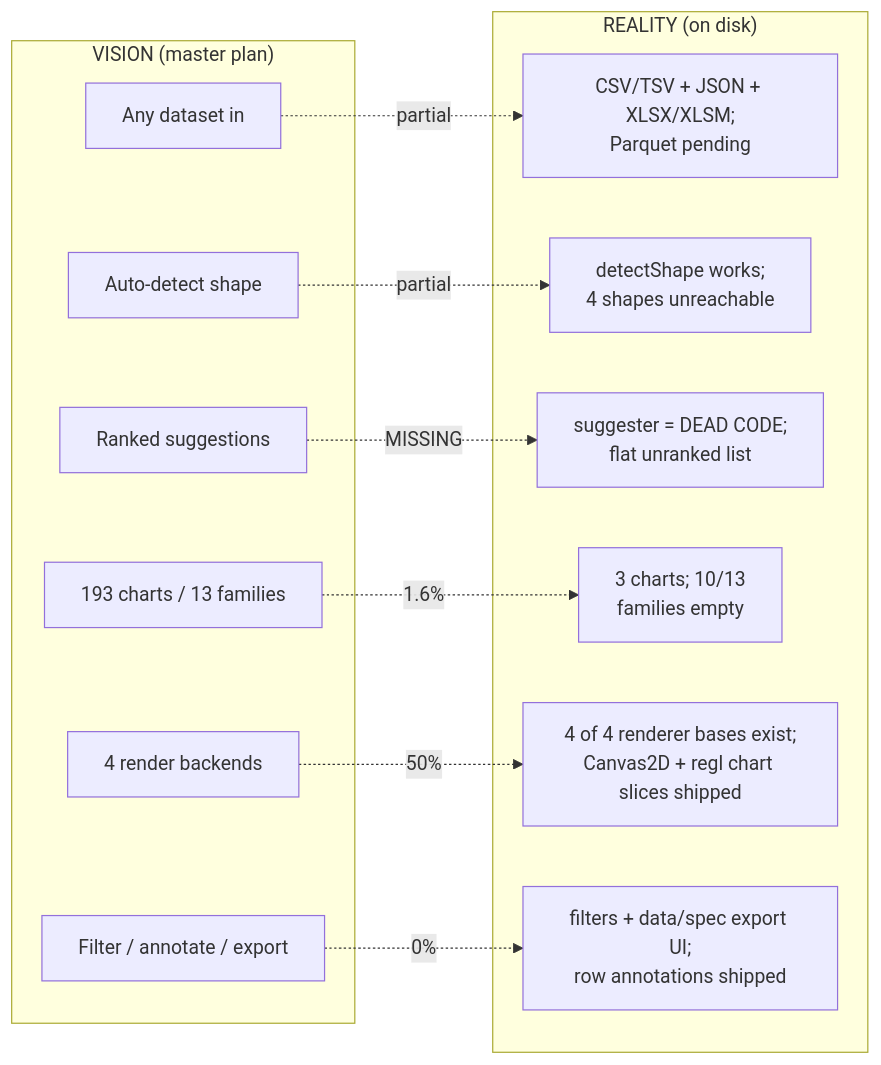
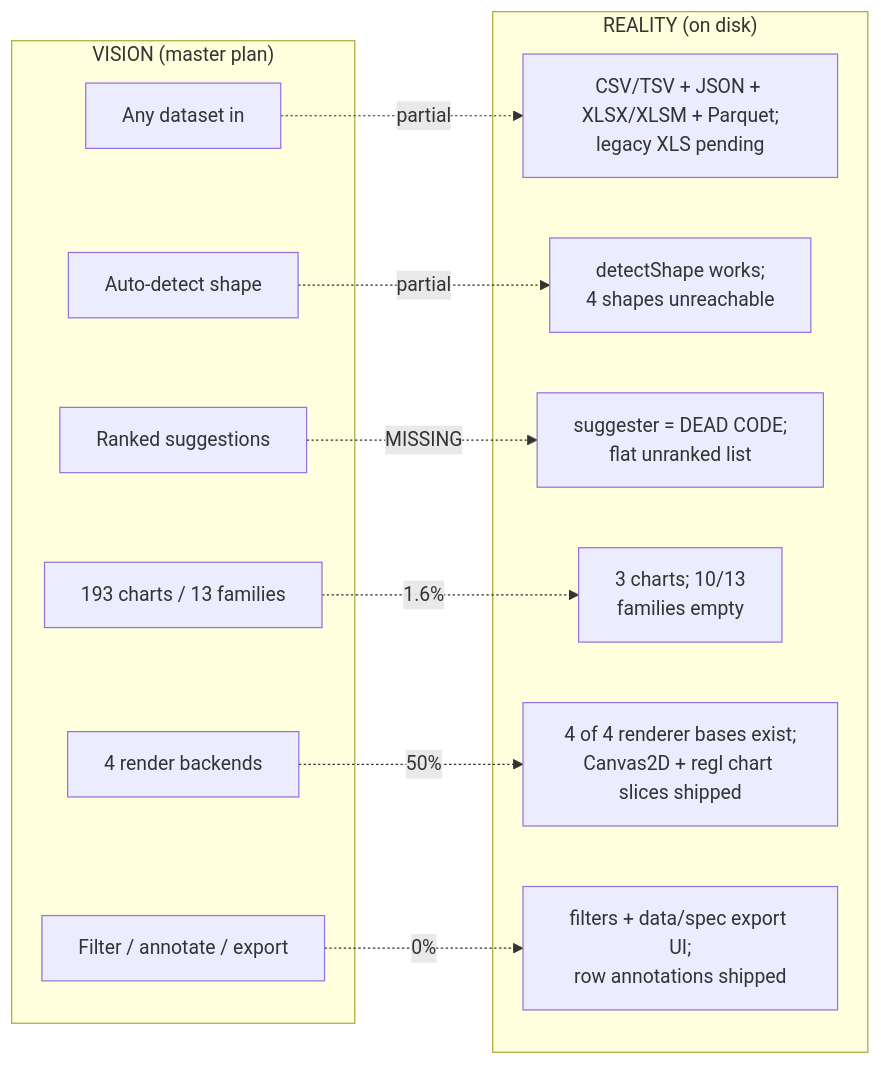
Before and after one commit to amrambouskila/business-intelligence: the first of 3 diagrams in docs/EXECUTION_ROADMAP.md, drawn with Mermaid. The commit also changed other lines of this file and 13 other files, not shown here.

````diff
--- a/docs/EXECUTION_ROADMAP.md
+++ b/docs/EXECUTION_ROADMAP.md
@@ -33,25 +33,25 @@
 ```mermaid
 graph LR
     subgraph Vision["VISION (master plan)"]
         V1[Any dataset in]
         V2[Auto-detect shape]
         V3[Ranked suggestions]
         V4[193 charts / 13 families]
         V5[4 render backends]
         V6[Filter / annotate / export]
     end
     subgraph Reality["REALITY (on disk)"]
-        R1[CSV/TSV + JSON + XLSX/XLSM;<br/>Parquet pending]
+        R1[CSV/TSV + JSON + XLSX/XLSM + Parquet;<br/>legacy XLS pending]
         R2[detectShape works;<br/>4 shapes unreachable]
         R3[suggester = DEAD CODE;<br/>flat unranked list]
         R4[3 charts; 10/13<br/>families empty]
         R5[4 of 4 renderer bases exist;<br/>Canvas2D + regl chart slices shipped]
         R6[filters + data/spec export UI;<br/>row annotations shipped]
     end
     V1 -.->|partial| R1
     V2 -.->|partial| R2
     V3 -.->|MISSING| R3
     V4 -.->|1.6%| R4
     V5 -.->|50%| R5
     V6 -.->|0%| R6
 ```
````
